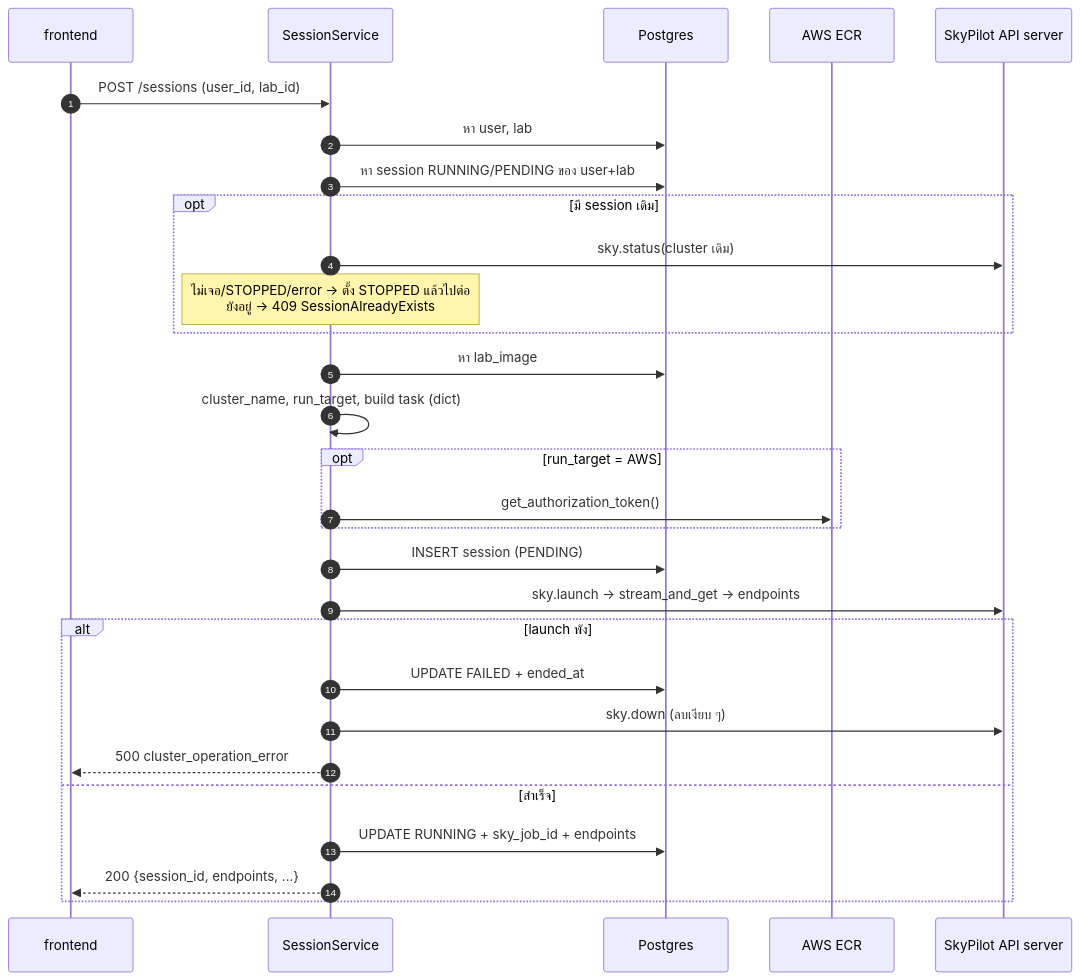
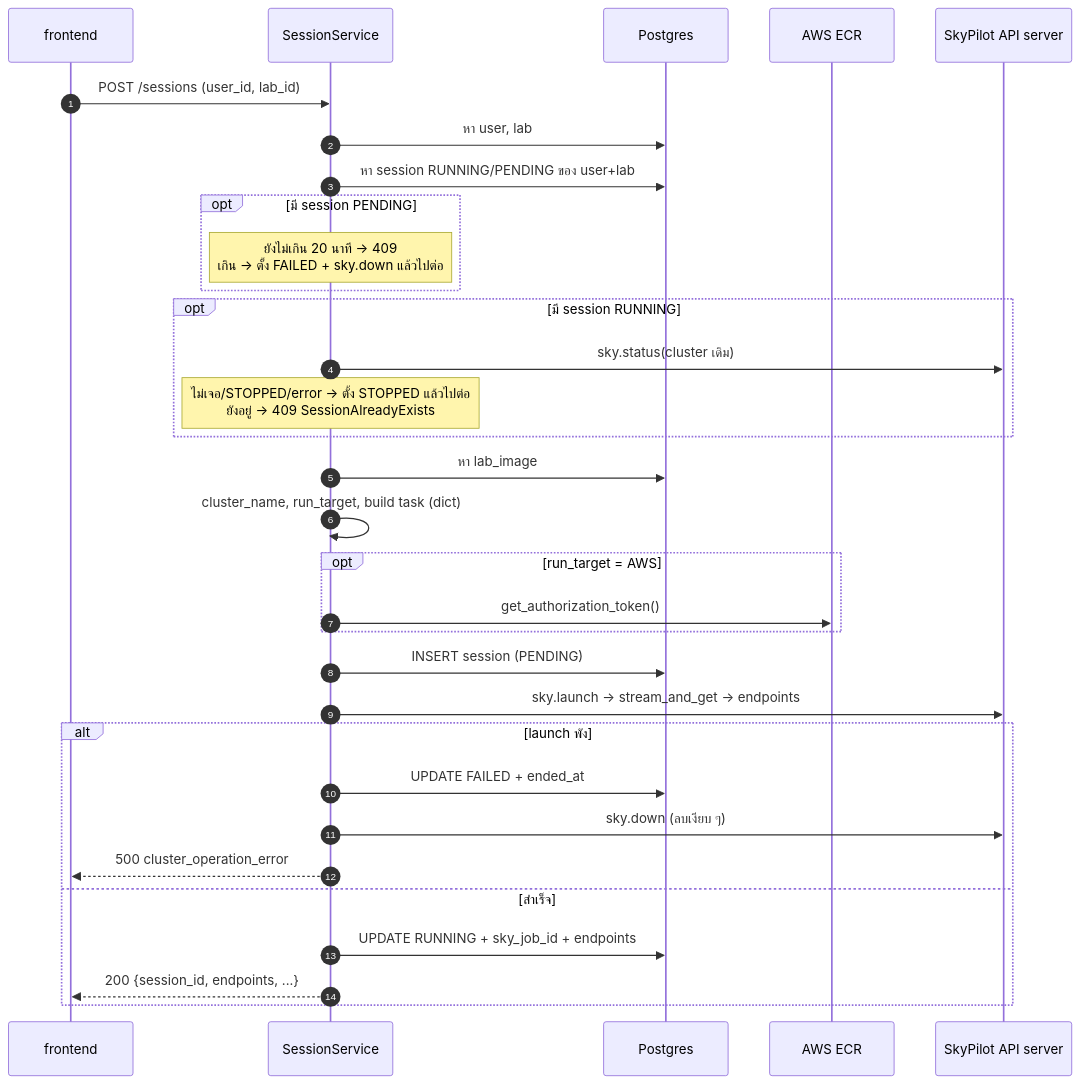
One commit to NawapatThumthaisong97/VirtualLabtest changed the diagram in docs/Flow.md. Above: the diagram before and after it, drawn with Mermaid. The commit also changed other lines of this file and 1 other file, not shown here.

First line of the commit message:
docs(session): อัปเดต Flow.md ตามโค้ดที่แก้และผลเทสกับ K3s จริง

````diff
--- a/docs/Flow.md
+++ b/docs/Flow.md
@@ -48,32 +48,35 @@
 ```mermaid
 sequenceDiagram
     autonumber
     participant FE as frontend
     participant SV as SessionService
     participant DB as Postgres
     participant ECR as AWS ECR
     participant SKY as SkyPilot API server
 
     FE->>SV: POST /sessions (user_id, lab_id)
     SV->>DB: หา user, lab
     SV->>DB: หา session RUNNING/PENDING ของ user+lab
-    opt มี session เดิม
+    opt มี session PENDING
+        Note over SV: ยังไม่เกิน 20 นาที → 409<br/>เกิน → ตั้ง FAILED + sky.down แล้วไปต่อ
+    end
+    opt มี session RUNNING
         SV->>SKY: sky.status(cluster เดิม)
         Note over SV: ไม่เจอ/STOPPED/error → ตั้ง STOPPED แล้วไปต่อ<br/>ยังอยู่ → 409 SessionAlreadyExists
     end
     SV->>DB: หา lab_image
     SV->>SV: cluster_name, run_target, build task (dict)
     opt run_target = AWS
         SV->>ECR: get_authorization_token()
     end
     SV->>DB: INSERT session (PENDING)
     SV->>SKY: sky.launch → stream_and_get → endpoints
     alt launch พัง
         SV->>DB: UPDATE FAILED + ended_at
         SV->>SKY: sky.down (ลบเงียบ ๆ)
         SV-->>FE: 500 cluster_operation_error
     else สำเร็จ
         SV->>DB: UPDATE RUNNING + sky_job_id + endpoints
         SV-->>FE: 200 {session_id, endpoints, ...}
     end
 ```
````
